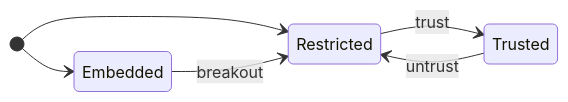
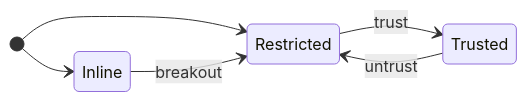
Before and after one commit to typebulb/typebulb: the diagram in README.md, drawn with Mermaid. The commit also changed other lines of this file and 57 other files, not shown here.

````diff
--- a/README.md
+++ b/README.md
@@ -348,9 +348,9 @@
 ```mermaid
 stateDiagram-v2
     direction LR
-    [*] --> Embedded
+    [*] --> Inline
     [*] --> Restricted
-    Embedded --> Restricted: breakout
+    Inline --> Restricted: breakout
     Restricted --> Trusted: trust
     Trusted --> Restricted: untrust
 ```
````
